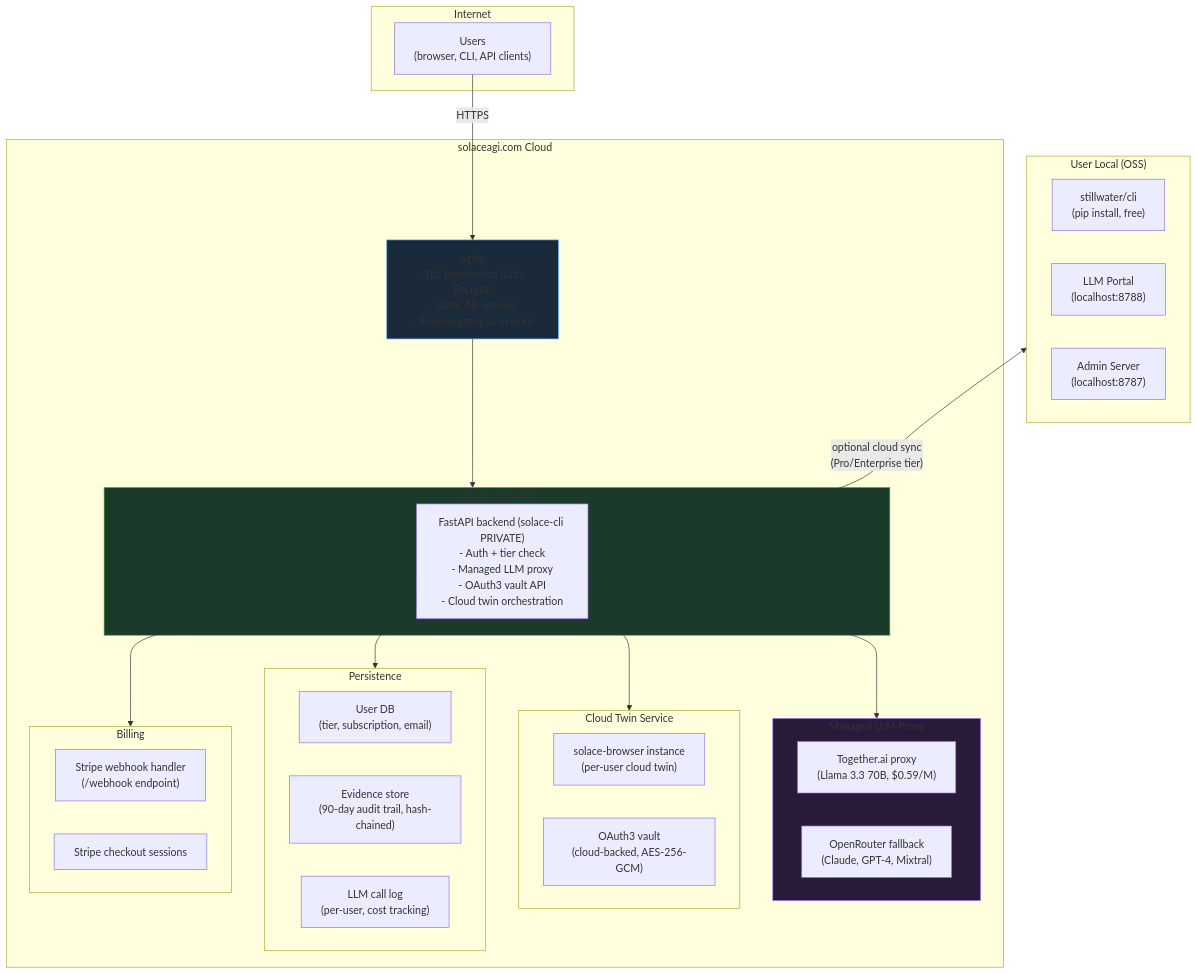
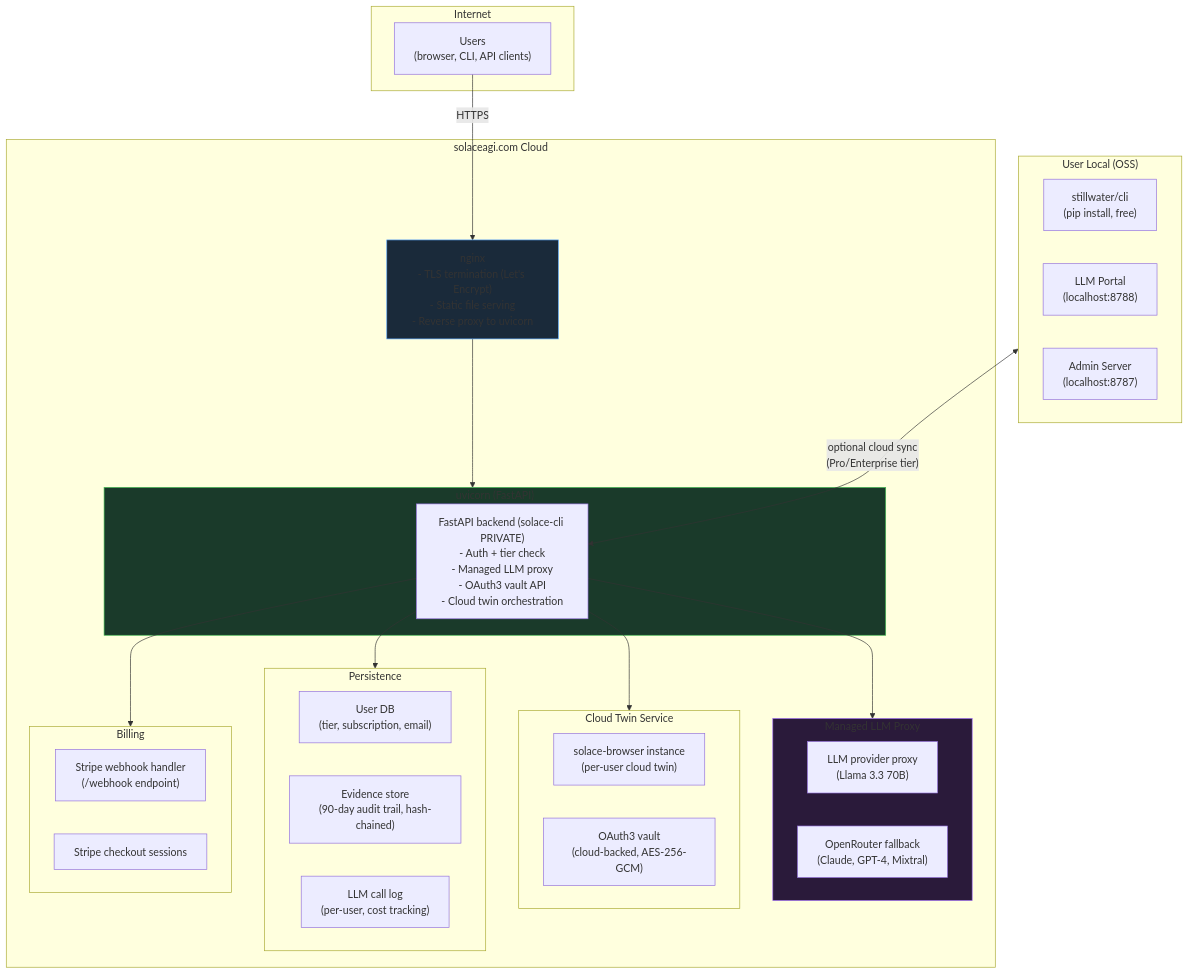
The fourth of 6 diagrams in diagrams/stillwater/22-deployment.md (phuctruong/stillwater), drawn with Mermaid before and after one commit. The commit also changed 88 other files, not shown here.

````diff
--- a/diagrams/stillwater/22-deployment.md
+++ b/diagrams/stillwater/22-deployment.md
@@ -134,50 +134,50 @@
 ```mermaid
 flowchart TD
     subgraph INTERNET["Internet"]
         USERS["Users\n(browser, CLI, API clients)"]
     end
 
     subgraph CLOUD["solaceagi.com Cloud"]
         NGINX["nginx\n- TLS termination (Let's Encrypt)\n- Static file serving\n- Reverse proxy to uvicorn"]
 
         subgraph UVICORN["uvicorn (FastAPI)"]
             API_BACKEND["FastAPI backend (solace-cli PRIVATE)\n- Auth + tier check\n- Managed LLM proxy\n- OAuth3 vault API\n- Cloud twin orchestration"]
         end
 
         subgraph LLM_PROXY["Managed LLM Proxy"]
-            TOGETHER_PROXY["Together.ai proxy\n(Llama 3.3 70B, $0.59/M)"]
+            TOGETHER_PROXY["LLM provider proxy\n(Llama 3.3 70B)"]
             OPENROUTER_PROXY["OpenRouter fallback\n(Claude, GPT-4, Mixtral)"]
         end
 
         subgraph TWIN_SVC["Cloud Twin Service"]
             SOLACE_BROWSER["solace-browser instance\n(per-user cloud twin)"]
             OAUTH3_VAULT["OAuth3 vault\n(cloud-backed, AES-256-GCM)"]
         end
 
         subgraph DB_LAYER["Persistence"]
             USER_DB["User DB\n(tier, subscription, email)"]
             EVIDENCE_DB["Evidence store\n(90-day audit trail, hash-chained)"]
             CALL_LOG["LLM call log\n(per-user, cost tracking)"]
         end
 
         subgraph STRIPE_INT["Billing"]
             STRIPE_WEBHOOK["Stripe webhook handler\n(/webhook endpoint)"]
             STRIPE_CHECKOUT["Stripe checkout sessions"]
         end
     end
 
     subgraph OSS_CLI["User Local (OSS)"]
         SW_CLI["stillwater/cli\n(pip install, free)"]
         LOCAL_PORTAL["LLM Portal\n(localhost:8788)"]
         LOCAL_ADMIN["Admin Server\n(localhost:8787)"]
     end
 
     USERS -->|"HTTPS"| NGINX
     NGINX --> UVICORN
     API_BACKEND --> LLM_PROXY & TWIN_SVC & DB_LAYER & STRIPE_INT
     OSS_CLI <-->|"optional cloud sync\n(Pro/Enterprise tier)"| API_BACKEND
 
     style NGINX fill:#1a2a3a,stroke:#58a6ff
     style UVICORN fill:#1a3a2a,stroke:#3fb950
     style LLM_PROXY fill:#2a1a3a,stroke:#a371f7
 ```
````
